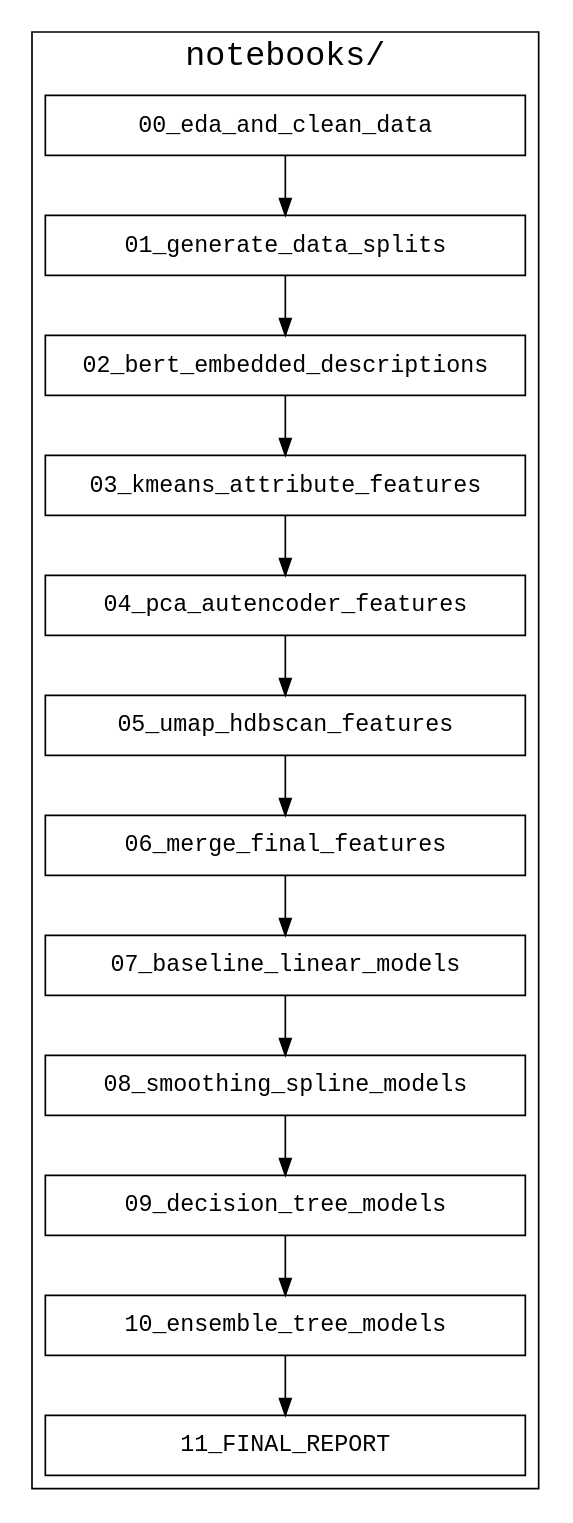
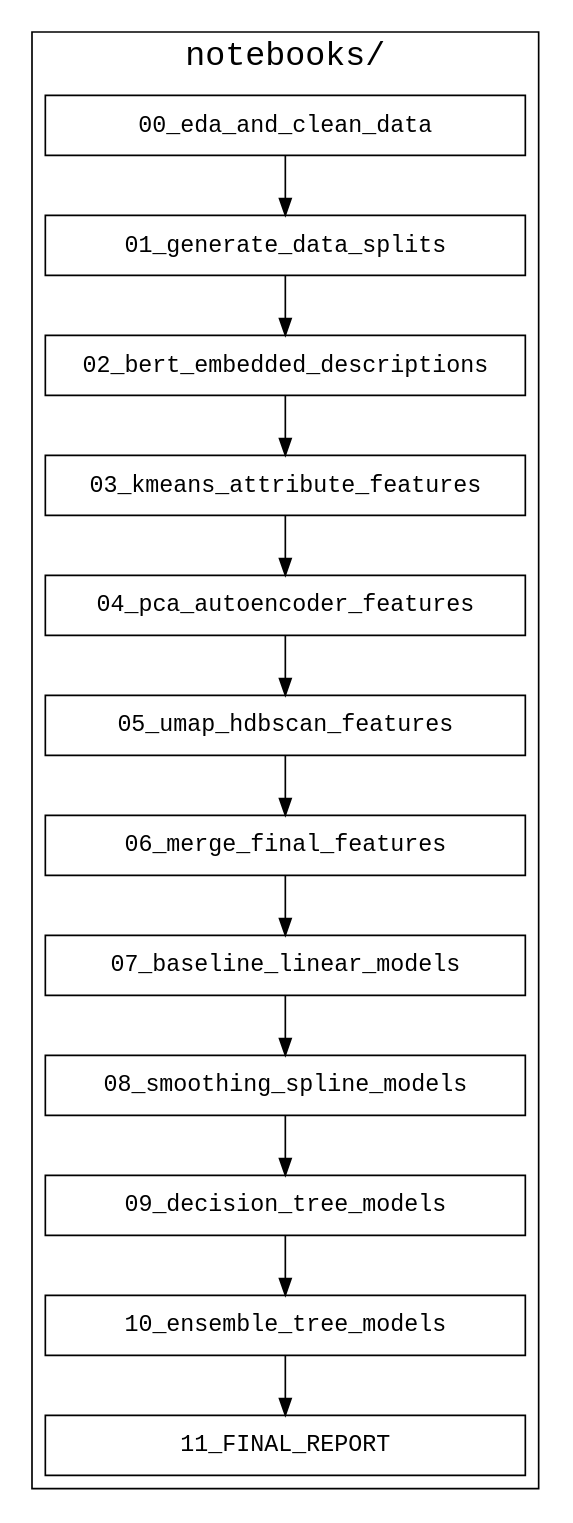
Before and after one commit to sedelmeyer/cs109b_groupproject: the diagram in references/documentation/notebooks.dot, drawn with Graphviz. The commit also changed 1 other file, not shown here.

```diff
--- a/references/documentation/notebooks.dot
+++ b/references/documentation/notebooks.dot
@@ -1,36 +1,36 @@
 digraph {
     rankdir=TB;
     {
     	node [shape = box, fontname = Monospace, fixedsize=true, width=4]
         00 [label = "00_eda_and_clean_data"]
         01 [label = "01_generate_data_splits"]
         02 [label = "02_bert_embedded_descriptions"]
         03 [label = "03_kmeans_attribute_features"]
-        04 [label = "04_pca_autencoder_features"]
+        04 [label = "04_pca_autoencoder_features"]
         05 [label = "05_umap_hdbscan_features"]
         06 [label = "06_merge_final_features"]
         07 [label = "07_baseline_linear_models"]
         08 [label = "08_smoothing_spline_models"]
         09 [label = "09_decision_tree_models"]
         10 [label = "10_ensemble_tree_models"]
         11 [label = "11_FINAL_REPORT"]
     };
     subgraph cluster_notebooks {
         label="notebooks/";
         fontname=Monospace;
         fontsize=20;
         rankdir=TB;
         00 -> 01;
         01 -> 02;
         02 -> 03;
         03 -> 04;
         04 -> 05;
         05 -> 06;
         06 -> 07;
         07 -> 08;
         08 -> 09;
         09 -> 10;
         10 -> 11;
         
     }
 }
```
